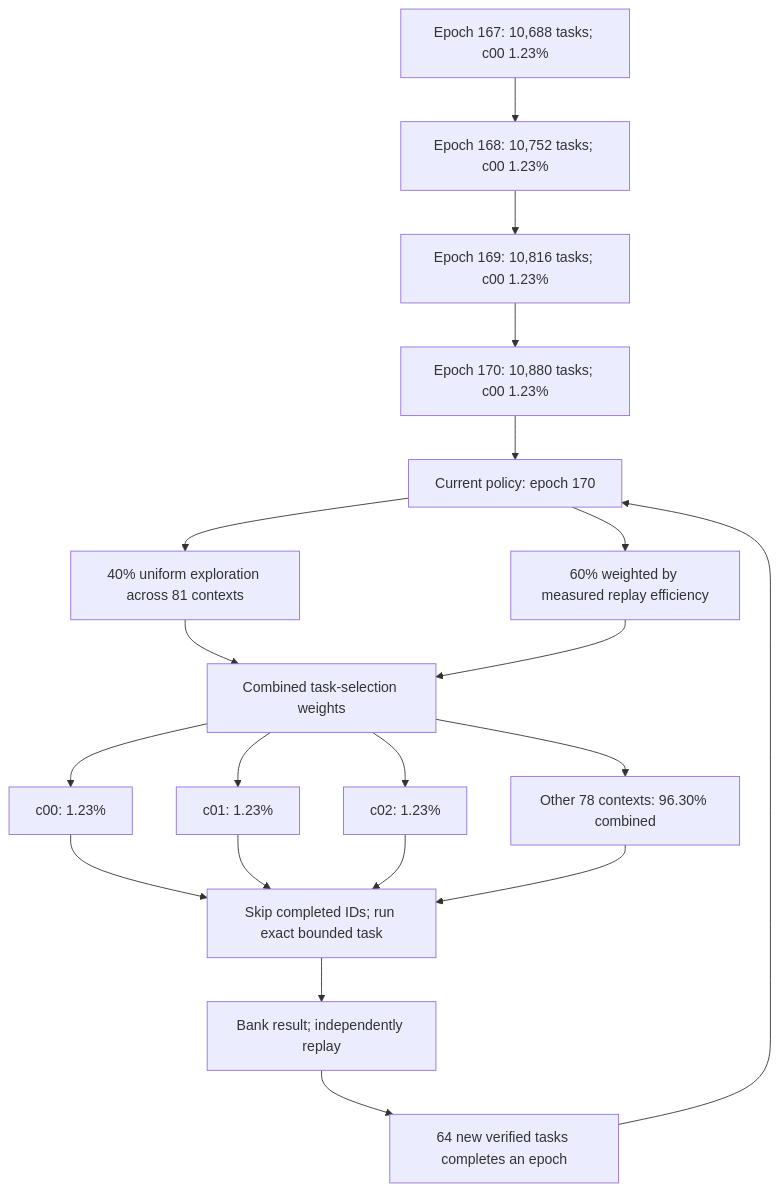
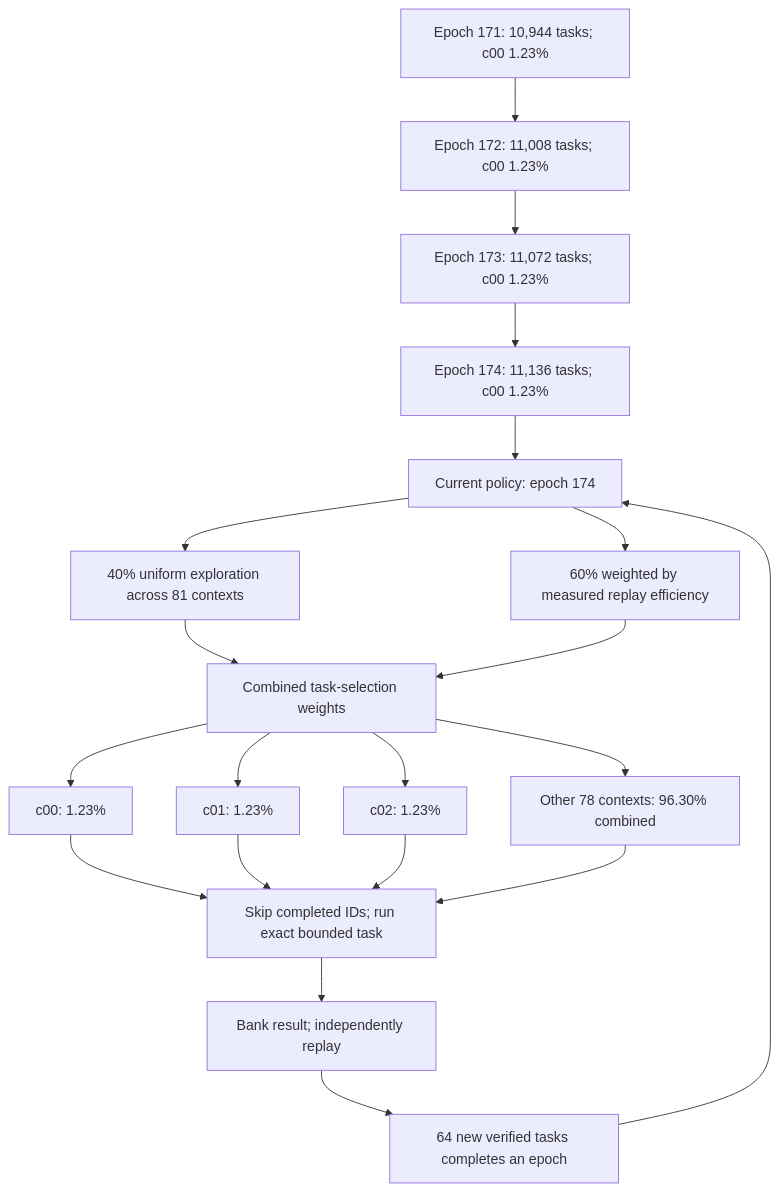
The diagram in README.md (Kuberwastaken/math-gambling), drawn with Mermaid before and after one commit. The commit also changed other lines of this file and 597 other files, not shown here.

````diff
--- a/README.md
+++ b/README.md
@@ -49,27 +49,27 @@
 ```mermaid
 flowchart TD
-    H0["Epoch 167: 10,688 tasks; c00 1.23%"]
-    H1["Epoch 168: 10,752 tasks; c00 1.23%"]
+    H0["Epoch 171: 10,944 tasks; c00 1.23%"]
+    H1["Epoch 172: 11,008 tasks; c00 1.23%"]
     H0 --> H1
-    H2["Epoch 169: 10,816 tasks; c00 1.23%"]
+    H2["Epoch 173: 11,072 tasks; c00 1.23%"]
     H1 --> H2
-    H3["Epoch 170: 10,880 tasks; c00 1.23%"]
+    H3["Epoch 174: 11,136 tasks; c00 1.23%"]
     H2 --> H3
-    Policy["Current policy: epoch 170"]
+    Policy["Current policy: epoch 174"]
     H3 --> Policy
     Policy --> Explore["40% uniform exploration across 81 contexts"]
     Policy --> Cost["60% weighted by measured replay efficiency"]
     Explore --> Mix["Combined task-selection weights"]
     Cost --> Mix
     Mix --> C0["c00: 1.23%"]
     Mix --> C1["c01: 1.23%"]
     Mix --> C2["c02: 1.23%"]
     Mix --> Rest["Other 78 contexts: 96.30% combined"]
     C0 --> Check["Skip completed IDs; run exact bounded task"]
     C1 --> Check
     C2 --> Check
     Rest --> Check
     Check --> Replay["Bank result; independently replay"]
     Replay --> Gate["64 new verified tasks completes an epoch"]
     Gate --> Policy
 ```
````
